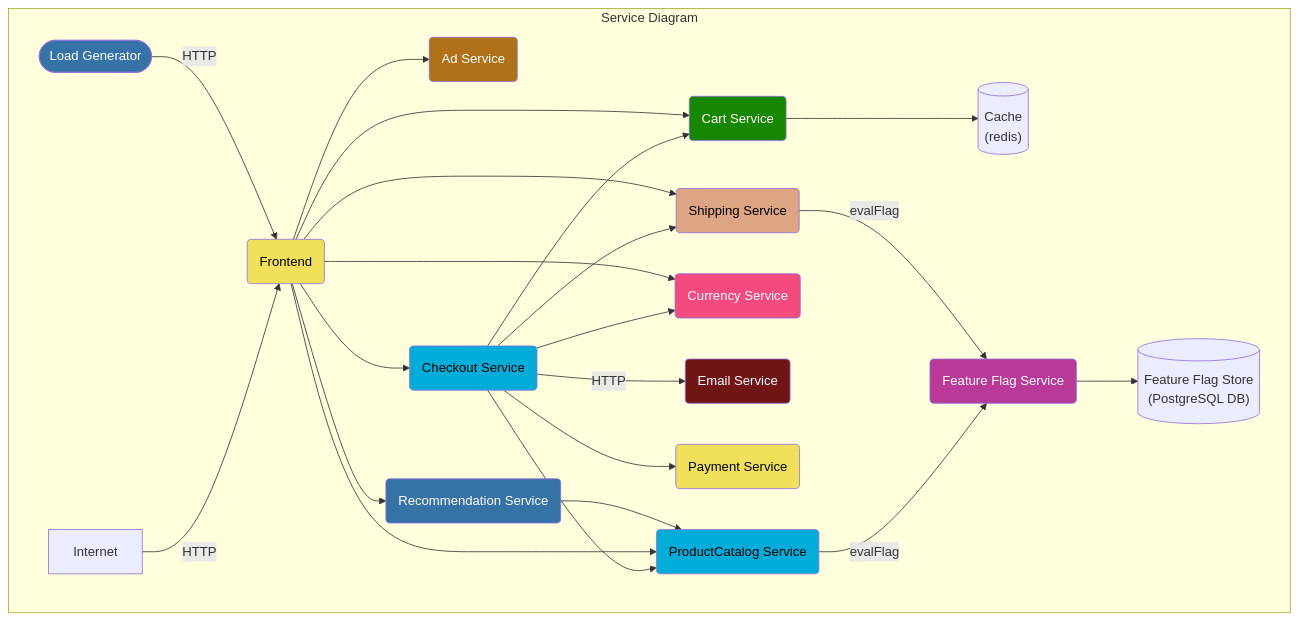
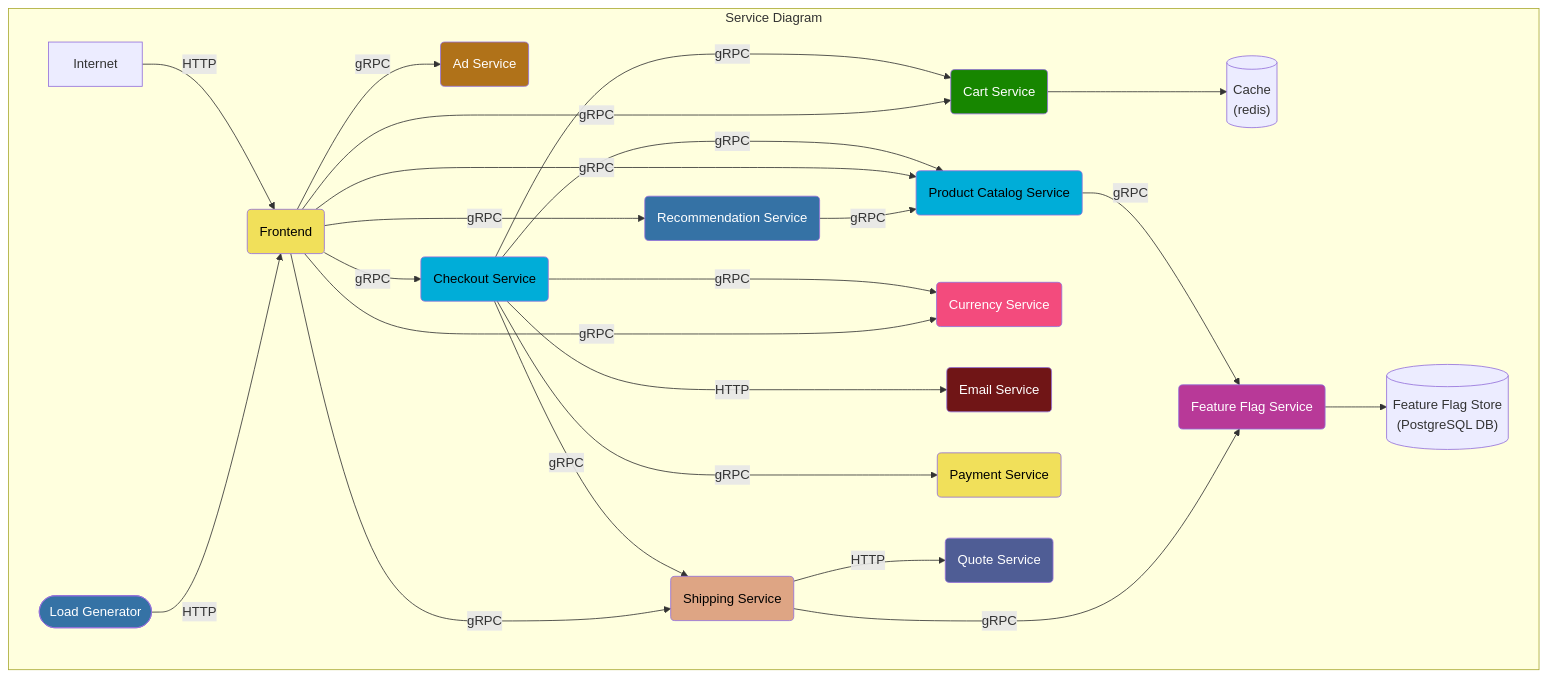
One commit to village-chat/opentelemetry-demo-bench changed the first of 2 diagrams in README.md. Above: the diagram before and after it, drawn with Mermaid. The commit also changed other lines of this file and 54 other files, not shown here.

````diff
--- a/README.md
+++ b/README.md
@@ -35,55 +35,56 @@
 ```mermaid
 graph TD
 
 subgraph Service Diagram
 adservice(Ad Service):::java
 cache[(Cache<br/>&#40redis&#41)]
 cartservice(Cart Service):::dotnet
 checkoutservice(Checkout Service):::golang
 currencyservice(Currency Service):::cpp
 emailservice(Email Service):::ruby
 frontend(Frontend):::javascript
 loadgenerator([Load Generator]):::python
 paymentservice(Payment Service):::javascript
-productcatalogservice(ProductCatalog Service):::golang
+productcatalogservice(Product Catalog Service):::golang
+quoteservice(Quote Service):::php
 recommendationservice(Recommendation Service):::python
 shippingservice(Shipping Service):::rust
 featureflagservice(Feature Flag Service):::erlang
 featureflagstore[(Feature Flag Store<br/>&#40PostgreSQL DB&#41)]
 
 Internet -->|HTTP| frontend
 loadgenerator -->|HTTP| frontend
 
-checkoutservice --> cartservice --> cache
-checkoutservice --> productcatalogservice
-checkoutservice --> currencyservice
-checkoutservice -->|HTTP| emailservice
-checkoutservice --> paymentservice
-checkoutservice --> shippingservice
+checkoutservice --->|gRPC| cartservice --> cache
+checkoutservice --->|gRPC| productcatalogservice
+checkoutservice --->|gRPC| currencyservice
+checkoutservice --->|HTTP| emailservice
+checkoutservice --->|gRPC| paymentservice
+checkoutservice -->|gRPC| shippingservice
 
-frontend --> adservice
-frontend --> cartservice
-frontend --> productcatalogservice
-frontend --> checkoutservice
-frontend --> currencyservice
-frontend --> recommendationservice --> productcatalogservice
-frontend --> shippingservice
+frontend -->|gRPC| adservice
+frontend -->|gRPC| cartservice
+frontend -->|gRPC| productcatalogservice
+frontend -->|gRPC| checkoutservice
+frontend -->|gRPC| currencyservice
+frontend -->|gRPC| recommendationservice -->|gRPC| productcatalogservice
+frontend -->|gRPC| shippingservice -->|HTTP| quoteservice
 
-productcatalogservice --> |evalFlag| featureflagservice
+productcatalogservice -->|gRPC| featureflagservice
 
-shippingservice --> |evalFlag| featureflagservice
+shippingservice -->|gRPC| featureflagservice
 
 featureflagservice --> featureflagstore
 
 end
 classDef java fill:#b07219,color:white;
 classDef dotnet fill:#178600,color:white;
 classDef golang fill:#00add8,color:black;
 classDef cpp fill:#f34b7d,color:white;
 classDef ruby fill:#701516,color:white;
 classDef python fill:#3572A5,color:white;
 classDef javascript fill:#f1e05a,color:black;
 classDef rust fill:#dea584,color:black;
 classDef erlang fill:#b83998,color:white;
 classDef php fill:#4f5d95,color:white;
 ```
````
